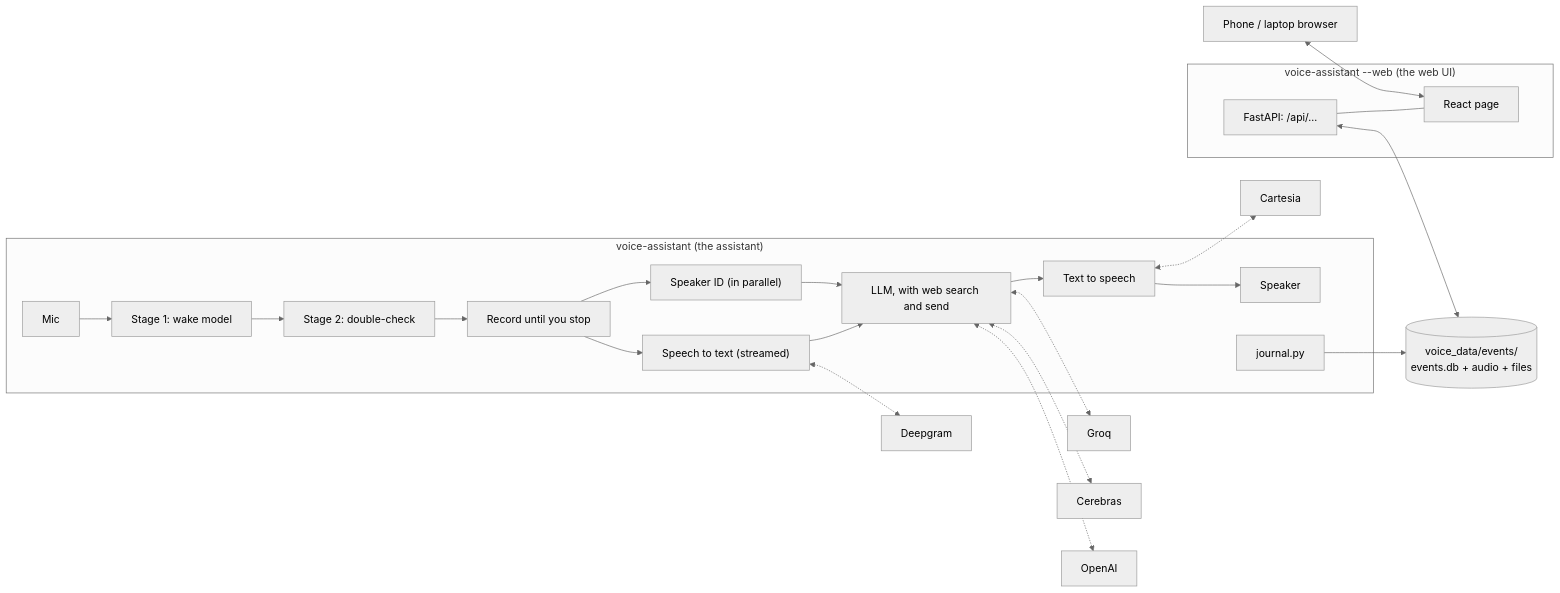
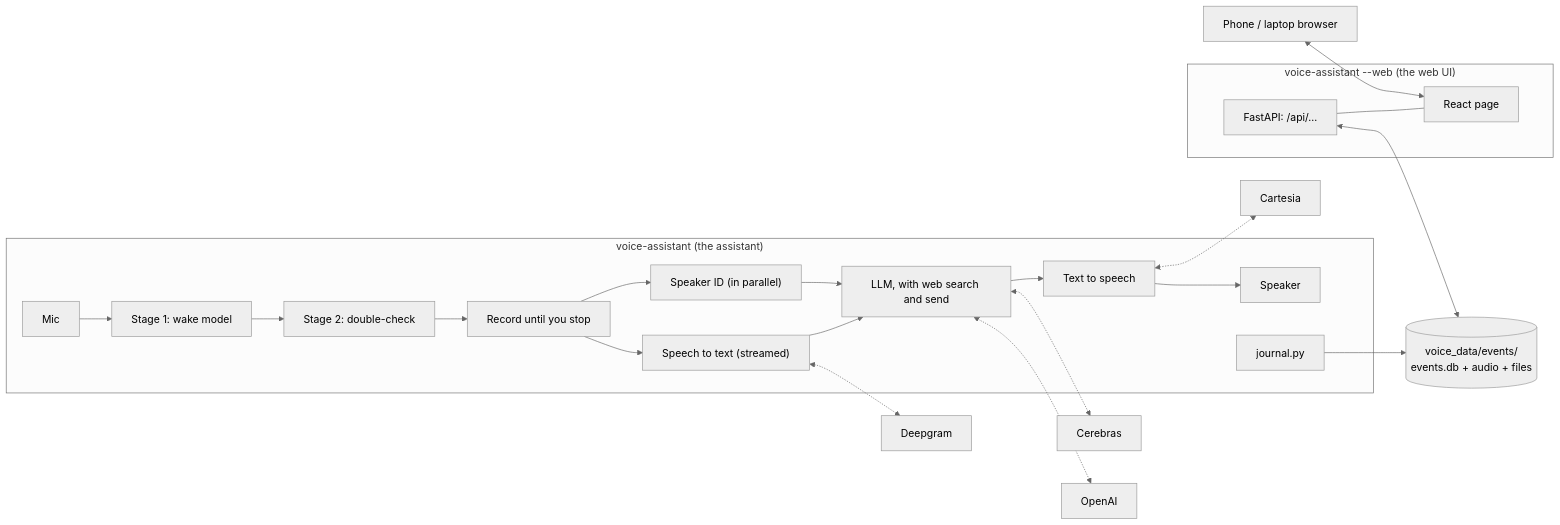
One commit to alon-pilosoph/tars changed the diagram in docs/architecture.md. Above: the diagram before and after it, drawn with Mermaid (neutral theme). The commit also changed other lines of this file and 15 other files, not shown here.

````diff
--- a/docs/architecture.md
+++ b/docs/architecture.md
@@ -25,21 +25,20 @@
 ```mermaid
 flowchart LR
     subgraph assistant ["voice-assistant (the assistant)"]
         mic[Mic] --> wake["Stage 1: wake model"] --> check["Stage 2: double-check"] --> rec["Record until you stop"]
         rec --> stt["Speech to text (streamed)"] --> llm["LLM, with web search and send"] --> tts["Text to speech"] --> spk[Speaker]
         rec --> sid["Speaker ID (in parallel)"] --> llm
         journal["journal.py"]
     end
     subgraph web ["voice-assistant --web (the web UI)"]
         api["FastAPI: /api/…"] --- page["React page"]
     end
     data[("voice_data/events/<br/>events.db + audio + files")]
     journal --> data
     api <--> data
     stt <-.-> deepgram["Deepgram"]
     tts <-.-> cartesia["Cartesia"]
-    llm <-.-> groq["Groq"]
     llm <-.-> cerebras["Cerebras"]
     llm <-.-> openai["OpenAI"]
     phone["Phone / laptop browser"] <--> page
 ```
````
